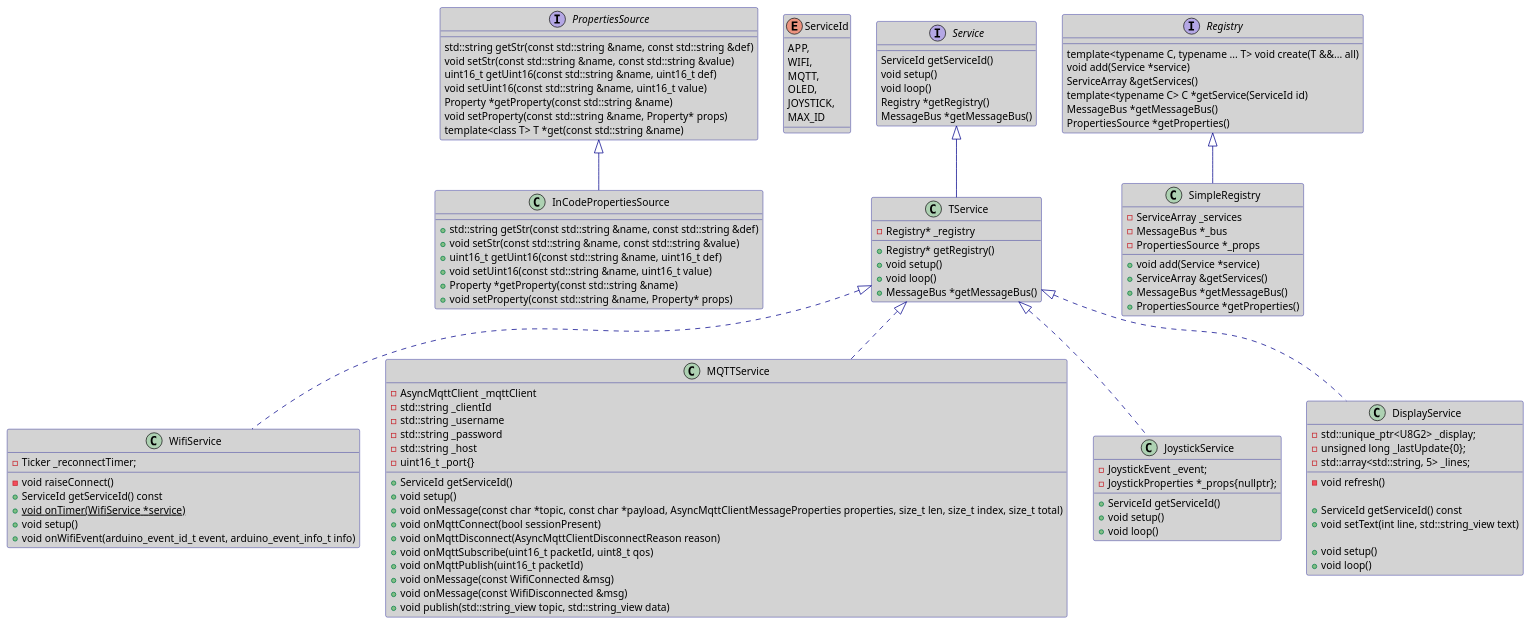
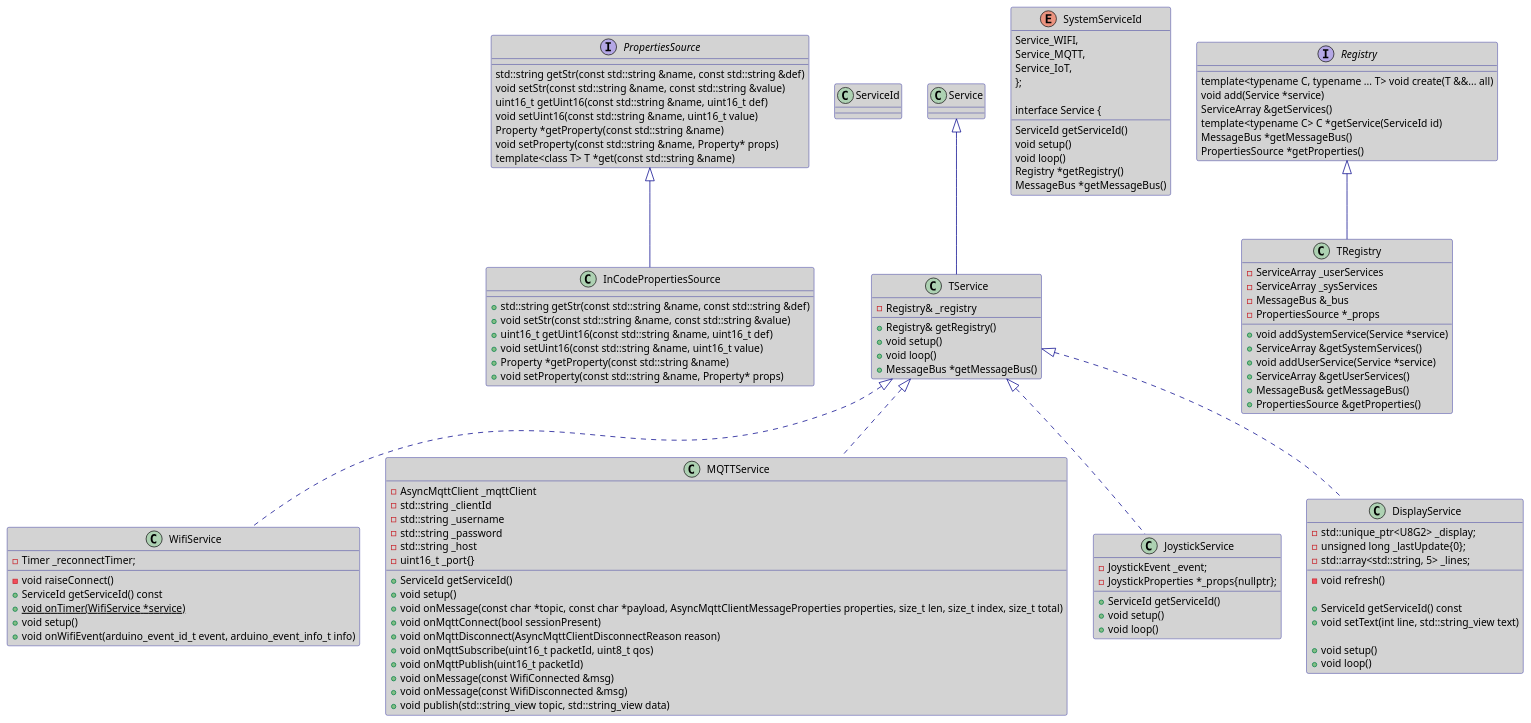
Before and after one commit to darvik80/esp32-core: the diagram in puml/Service.puml, drawn with PlantUML. The commit also changed 2 other files, not shown here.

```diff
--- a/puml/Service.puml
+++ b/puml/Service.puml
@@ -1,139 +1,140 @@
 @startuml
 
 skinparam backgroundColor White
 skinparam classBackgroundColor LightGray
 skinparam arrowColor DarkBlue
 skinparam classBorderColor DarkBlue
 
-enum ServiceId {
-    APP,
-    WIFI,
-    MQTT,
-    OLED,
-    JOYSTICK,
-    MAX_ID
-}
+enum SystemServiceId {
+    Service_WIFI,
+    Service_MQTT,
+    Service_IoT,
+};
 
 interface Service {
     ServiceId getServiceId()
     void setup()
     void loop()
     Registry *getRegistry()
     MessageBus *getMessageBus()
 }
 
 interface PropertiesSource {
     std::string getStr(const std::string &name, const std::string &def)
     void setStr(const std::string &name, const std::string &value)
     uint16_t getUint16(const std::string &name, uint16_t def)
     void setUint16(const std::string &name, uint16_t value)
     Property *getProperty(const std::string &name)
     void setProperty(const std::string &name, Property* props)
     template<class T> T *get(const std::string &name)
 }
 
 interface Registry {
     template<typename C, typename ... T> void create(T &&... all)
     void add(Service *service)
     ServiceArray &getServices()
     template<typename C> C *getService(ServiceId id)
     MessageBus *getMessageBus()
     PropertiesSource *getProperties()
 }
 
 class TService {
-    -Registry* _registry
-    +Registry* getRegistry()
+    -Registry& _registry
+
+    +Registry& getRegistry()
     +void setup()
     +void loop()
     +MessageBus *getMessageBus()
 }
 
 Service <|-- TService
 
 class InCodePropertiesSource {
     +std::string getStr(const std::string &name, const std::string &def)
     +void setStr(const std::string &name, const std::string &value)
     +uint16_t getUint16(const std::string &name, uint16_t def)
     +void setUint16(const std::string &name, uint16_t value)
     +Property *getProperty(const std::string &name)
     +void setProperty(const std::string &name, Property* props)
 }
 
 PropertiesSource <|-- InCodePropertiesSource
 
-class SimpleRegistry {
-    -ServiceArray _services
-    -MessageBus *_bus
+class TRegistry {
+    -ServiceArray _userServices
+    -ServiceArray _sysServices
+    -MessageBus &_bus
     -PropertiesSource *_props
-    +void add(Service *service)
-    +ServiceArray &getServices()
-    +MessageBus *getMessageBus()
-    +PropertiesSource *getProperties()
+    +void addSystemService(Service *service)
+    +ServiceArray &getSystemServices()
+    +void addUserService(Service *service)
+    +ServiceArray &getUserServices()
+    +MessageBus& getMessageBus()
+    +PropertiesSource &getProperties()
 }
 
-Registry <|-- SimpleRegistry
+Registry <|-- TRegistry
 
 class WifiService {
-    -Ticker _reconnectTimer;
+    -Timer _reconnectTimer;
     -void raiseConnect()
     +ServiceId getServiceId() const
     +{static} void onTimer(WifiService *service)
     +void setup()
     +void onWifiEvent(arduino_event_id_t event, arduino_event_info_t info)
 }
 
 TService <|.. WifiService
 
 class MQTTService {
     -AsyncMqttClient _mqttClient
     -std::string _clientId
     -std::string _username
     -std::string _password
     -std::string _host
     -uint16_t _port{}
     +ServiceId getServiceId()
     +void setup()
     +void onMessage(const char *topic, const char *payload, AsyncMqttClientMessageProperties properties, size_t len, size_t index, size_t total)
     +void onMqttConnect(bool sessionPresent)
     +void onMqttDisconnect(AsyncMqttClientDisconnectReason reason)
     +void onMqttSubscribe(uint16_t packetId, uint8_t qos)
     +void onMqttPublish(uint16_t packetId)
     +void onMessage(const WifiConnected &msg)
     +void onMessage(const WifiDisconnected &msg)
     +void publish(std::string_view topic, std::string_view data)
 }
 
 TService <|.. MQTTService
 
 class JoystickService {
     -JoystickEvent _event;
     -JoystickProperties *_props{nullptr};
 
     +ServiceId getServiceId()
     +void setup()
     +void loop()
 }
 
 TService <|.. JoystickService
 
 class DisplayService {
     -std::unique_ptr<U8G2> _display;
     -unsigned long _lastUpdate{0};
     -std::array<std::string, 5> _lines;
 
     -void refresh()
 
     +ServiceId getServiceId() const
     +void setText(int line, std::string_view text)
 
     +void setup()
     +void loop()
 }
 
 TService <|.. DisplayService
 
 PropertiesSource --r[hidden]-> Service
 ServiceId --r[hidden]-> Service
 
 @enduml
```
